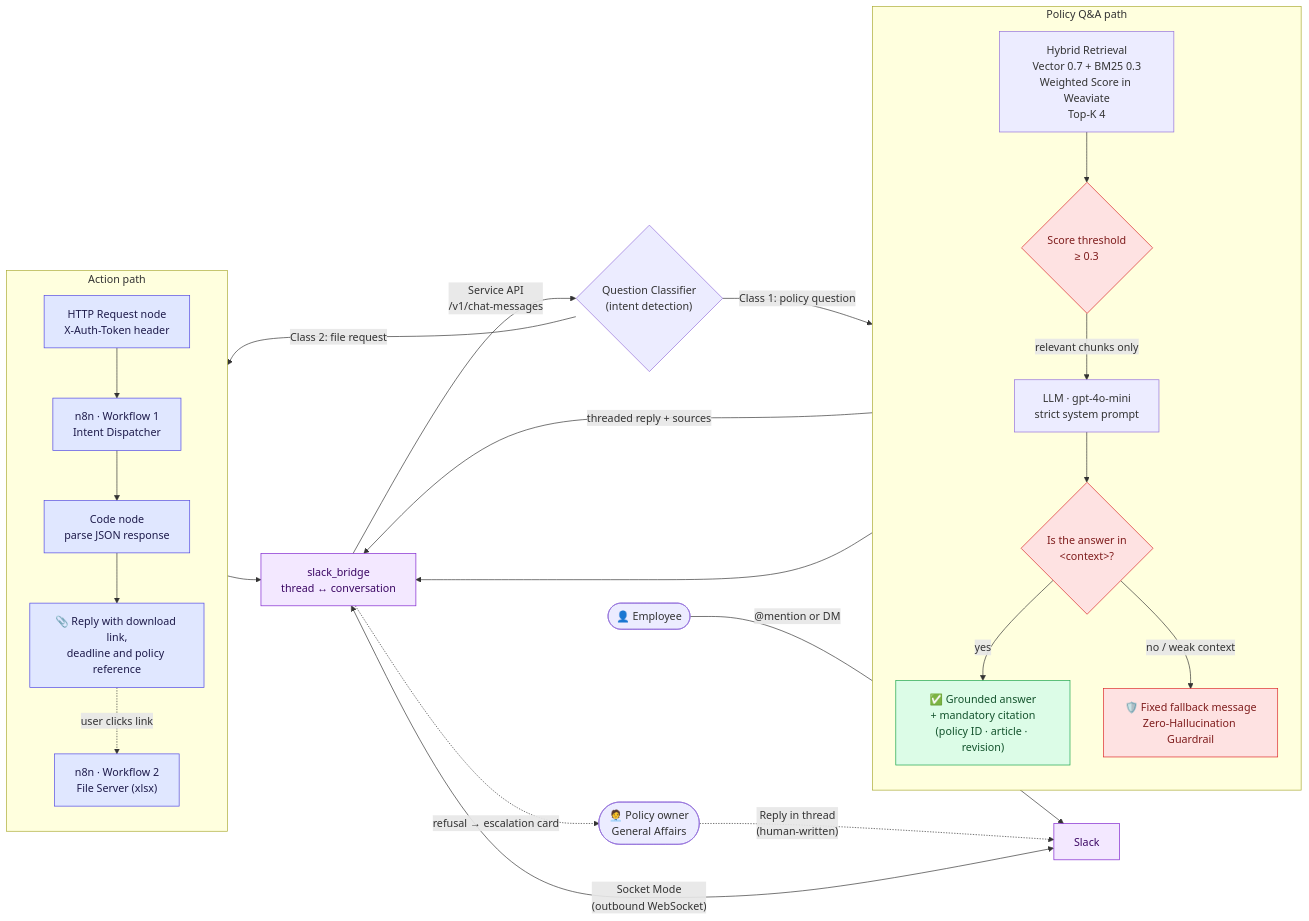
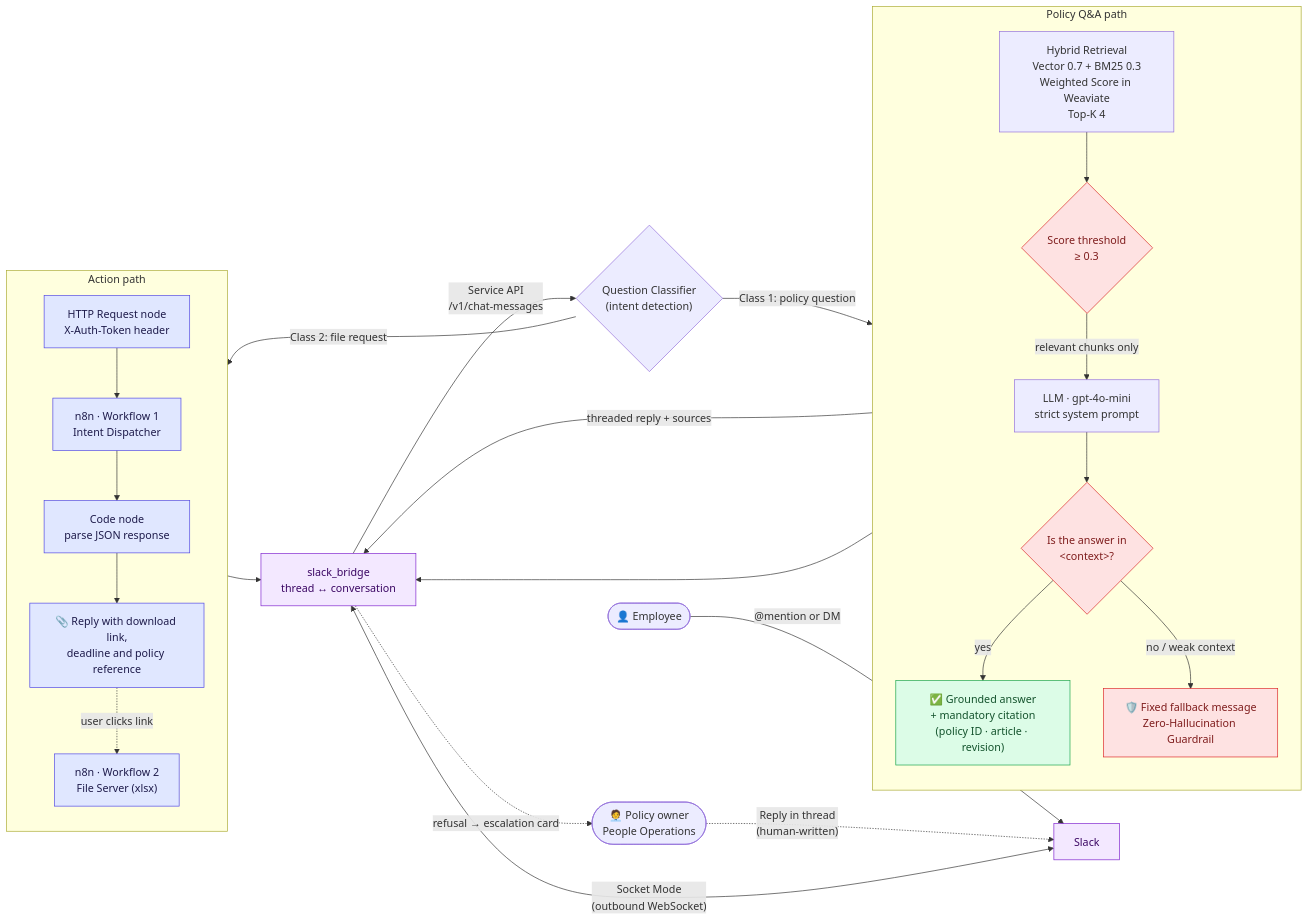
Before and after one commit to knmgn/RAG_with_Dify_Automation: the diagram in README.md, drawn with Mermaid. The commit also changed other lines of this file and 28 other files, not shown here.

````diff
--- a/README.md
+++ b/README.md
@@ -59,50 +64,50 @@
 ```mermaid
 flowchart LR
     U(["👤 Employee"]) -->|"@mention or DM"| SL["Slack"]
     SL <-->|"Socket Mode<br/>(outbound WebSocket)"| BR["slack_bridge<br/>thread ↔ conversation"]
     BR -->|"Service API<br/>/v1/chat-messages"| QC{"Question Classifier<br/>(intent detection)"}
 
     subgraph RAG["Policy Q&A path"]
         direction TB
         KR["Hybrid Retrieval<br/>Vector 0.7 + BM25 0.3<br/>Weighted Score in Weaviate<br/>Top-K 4"]
         TH{"Score threshold<br/>≥ 0.3"}
         LLM["LLM · gpt-4o-mini<br/>strict system prompt"]
         GR{"Is the answer in<br/>&lt;context&gt;?"}
         ANS["✅ Grounded answer<br/>+ mandatory citation<br/>(policy ID · article · revision)"]
         FB["🛡️ Fixed fallback message<br/>Zero-Hallucination Guardrail"]
         KR --> TH
         TH -->|"relevant chunks only"| LLM
         LLM --> GR
         GR -->|"yes"| ANS
         GR -->|"no / weak context"| FB
     end
 
     subgraph AUTO["Action path"]
         direction TB
         HTTP["HTTP Request node<br/>X-Auth-Token header"]
         WF1["n8n · Workflow 1<br/>Intent Dispatcher"]
         CODE["Code node<br/>parse JSON response"]
         FA["📎 Reply with download link,<br/>deadline and policy reference"]
         WF2["n8n · Workflow 2<br/>File Server (xlsx)"]
         HTTP --> WF1 --> CODE --> FA
         FA -.->|"user clicks link"| WF2
     end
 
     QC -->|"Class 1: policy question"| KR
     QC -->|"Class 2: file request"| HTTP
 
     ANS -->|"threaded reply + sources"| BR
     FA --> BR
     FB --> BR
-    BR -.->|"refusal → escalation card"| H(["🧑‍💼 Policy owner<br/>General Affairs"])
+    BR -.->|"refusal → escalation card"| H(["🧑‍💼 Policy owner<br/>People Operations"])
     H -.->|"Reply in thread<br/>(human-written)"| SL
 
     classDef guard fill:#fee2e2,stroke:#dc2626,color:#7f1d1d
     classDef ok fill:#dcfce7,stroke:#16a34a,color:#14532d
     classDef auto fill:#e0e7ff,stroke:#4f46e5,color:#1e1b4b
     class FB,GR,TH guard
     class ANS ok
     class HTTP,WF1,CODE,FA,WF2 auto
     classDef slack fill:#f3e8ff,stroke:#7e22ce,color:#3b0764
     class SL,BR slack
 ```
````
